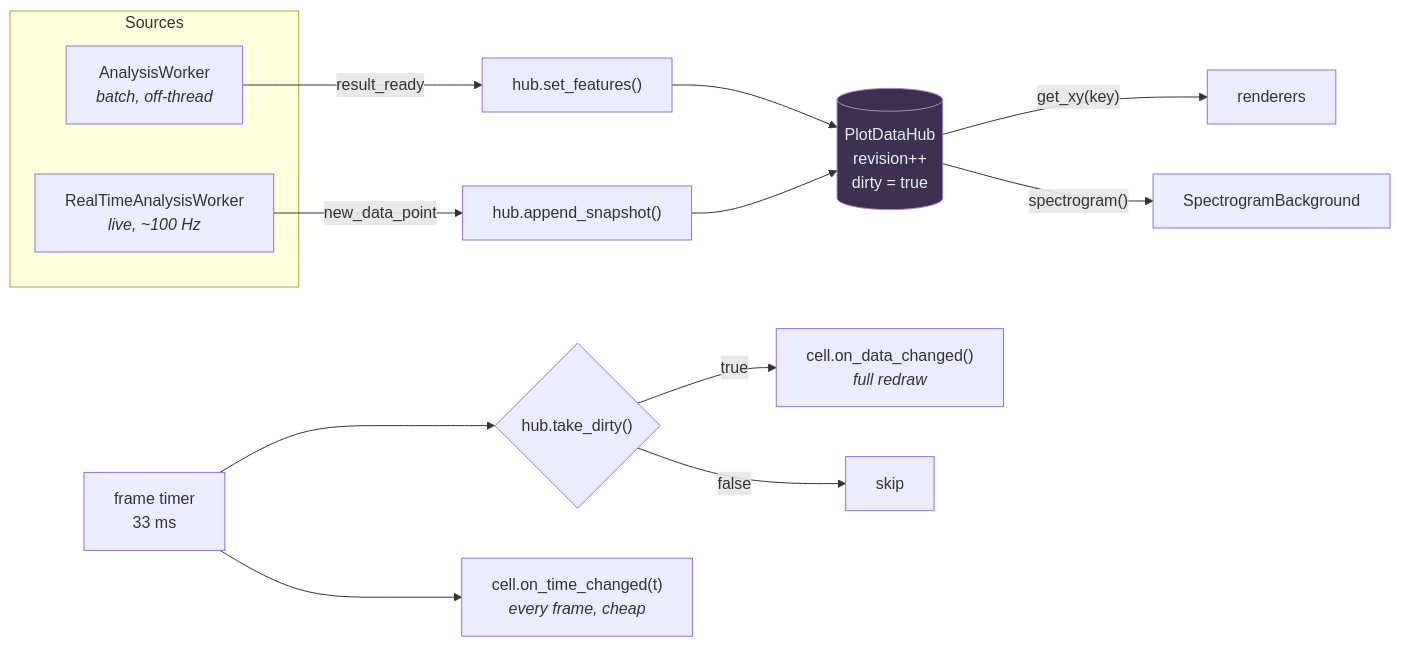
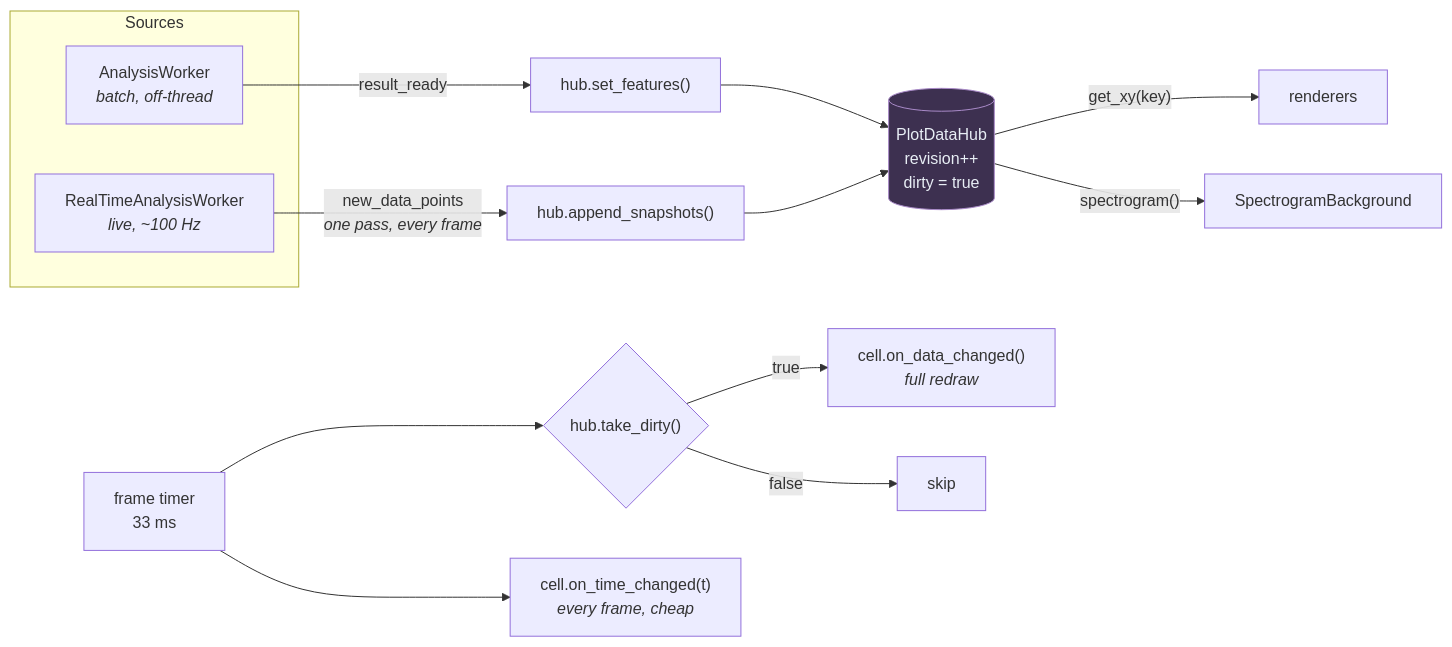
One commit to fabstr/voicevis changed the third of 7 diagrams in src/ui/plot/README.md. Above: the diagram before and after it, drawn with Mermaid. The commit also changed other lines of this file and 22 other files, not shown here.

````diff
--- a/src/ui/plot/README.md
+++ b/src/ui/plot/README.md
@@ -202,24 +202,24 @@
 ```mermaid
 flowchart LR
     subgraph sources["Sources"]
         AWK["AnalysisWorker<br/><i>batch, off-thread</i>"]
         RTW["RealTimeAnalysisWorker<br/><i>live, ~100 Hz</i>"]
     end
 
     AWK -->|"result_ready"| SF["hub.set_features()"]
-    RTW -->|"new_data_point"| AS["hub.append_snapshot()"]
+    RTW -->|"new_data_points<br/><i>one pass, every frame</i>"| AS["hub.append_snapshots()"]
 
     SF --> HUB[("PlotDataHub<br/>revision++<br/>dirty = true")]
     AS --> HUB
 
     HUB -->|"get_xy(key)"| R1["renderers"]
     HUB -->|"spectrogram()"| R2["SpectrogramBackground"]
 
     TICK["frame timer<br/>33 ms"] --> TK{"hub.take_dirty()"}
     TK -->|true| OD["cell.on_data_changed()<br/><i>full redraw</i>"]
     TK -->|false| SKIP["skip"]
     TICK --> OT["cell.on_time_changed(t)<br/><i>every frame, cheap</i>"]
 
     classDef hub fill:#3d3050,stroke:#a98ac8,color:#e8eef5
     class HUB hub
 ```
````
